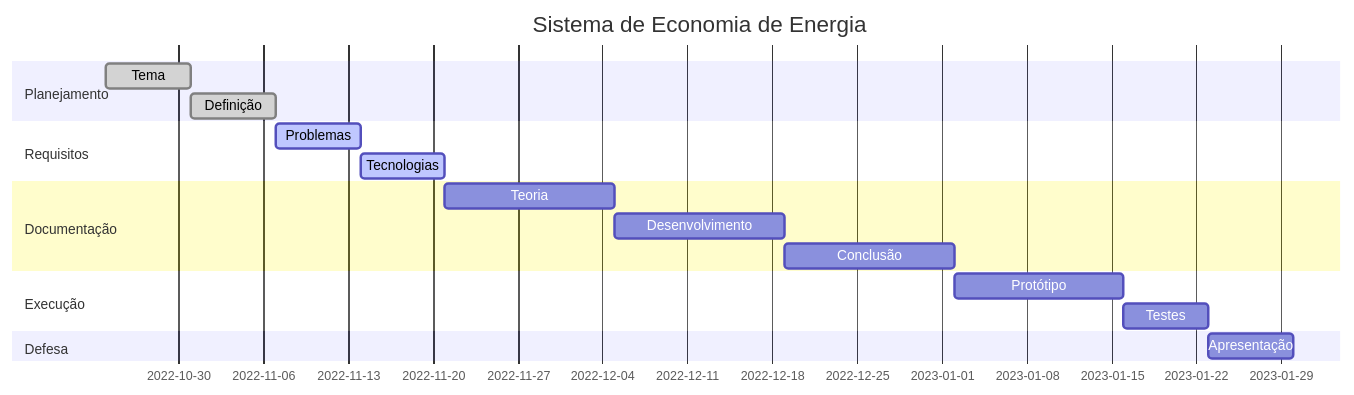
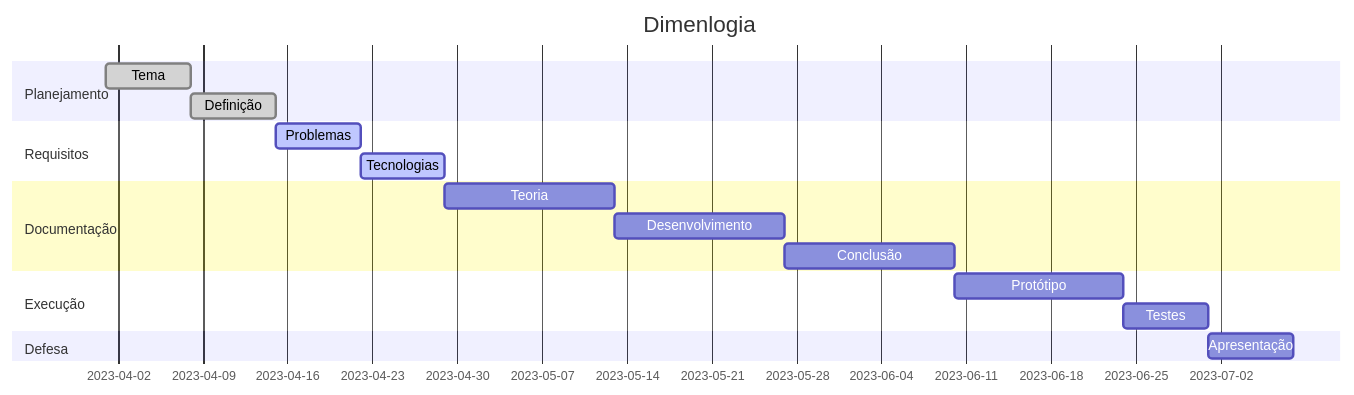
Before and after one commit to marcilio-freitas27/projeto-integrador-2: the diagram in README.md, drawn with Mermaid.

Commit message:
Atualizando gantt

````diff
--- a/README.md
+++ b/README.md
@@ -7,25 +7,26 @@
 ```mermaid
     gantt
-        title Sistema de Economia de Energia
+        title Dimenlogia
         dateFormat  YYYY-MM-DD
 
         section Planejamento
-        Tema                :done, a1, 2022-10-24, 7d
+        Tema                :done, a1, 2023-04-01, 7d
         Definição           :done, a2, after a1, 7d
 
         section Requisitos
         Problemas           :active, b1, after a2  , 7d
         Tecnologias         :active, b2, after b1  ,7d
 
         section Documentação
         Teoria         :c1, after b2, 14d
         Desenvolvimento      :c2, after c1, 14d
         Conclusão       :c3, after c2, 14d
 
         section Execução
         Protótipo           :d1, after c3, 14d
         Testes              :d2, after d1, 7d
 
         section Defesa
         Apresentação        :e1, after d2, 7d
+
 ```
````
